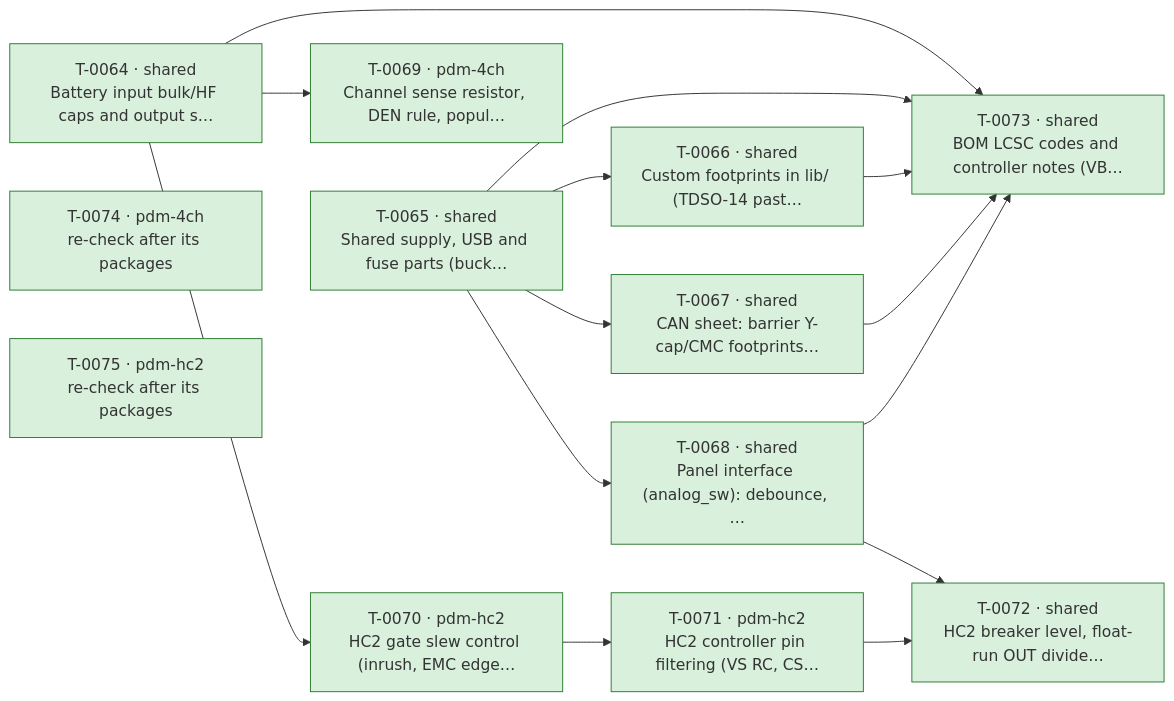
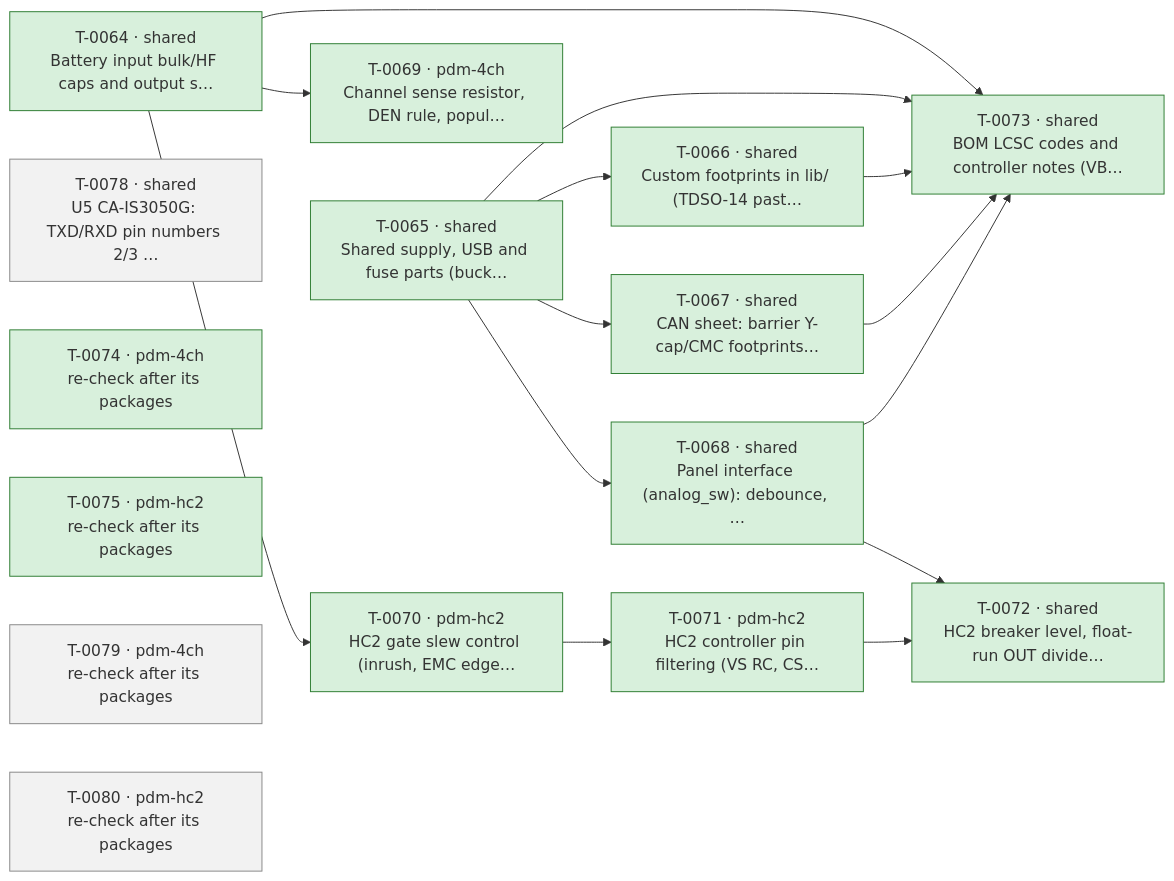
The diagram in docs/ROADMAP.md (plektra/ESP32-PDM), drawn with Mermaid before and after one commit. The commit also changed other lines of this file and 3 other files, not shown here.

````diff
--- a/docs/ROADMAP.md
+++ b/docs/ROADMAP.md
@@ -18,32 +18,35 @@
 ```mermaid
 flowchart LR
   T0064["T-0064 · shared<br/>Battery input bulk/HF caps and output s…"]:::done
   T0065["T-0065 · shared<br/>Shared supply, USB and fuse parts (buck…"]:::done
   T0066["T-0066 · shared<br/>Custom footprints in lib/ (TDSO-14 past…"]:::done
   T0067["T-0067 · shared<br/>CAN sheet: barrier Y-cap/CMC footprints…"]:::done
   T0068["T-0068 · shared<br/>Panel interface (analog_sw): debounce, …"]:::done
   T0069["T-0069 · pdm-4ch<br/>Channel sense resistor, DEN rule, popul…"]:::done
   T0070["T-0070 · pdm-hc2<br/>HC2 gate slew control (inrush, EMC edge…"]:::done
   T0071["T-0071 · pdm-hc2<br/>HC2 controller pin filtering (VS RC, CS…"]:::done
   T0072["T-0072 · shared<br/>HC2 breaker level, float-run OUT divide…"]:::done
   T0073["T-0073 · shared<br/>BOM LCSC codes and controller notes (VB…"]:::done
+  T0078["T-0078 · shared<br/>U5 CA-IS3050G: TXD/RXD pin numbers 2/3 …"]:::ready
   T0074["T-0074 · pdm-4ch<br/>re-check after its packages"]:::done
   T0075["T-0075 · pdm-hc2<br/>re-check after its packages"]:::done
+  T0079["T-0079 · pdm-4ch<br/>re-check after its packages"]:::ready
+  T0080["T-0080 · pdm-hc2<br/>re-check after its packages"]:::ready
   T0065 --> T0066
   T0065 --> T0067
   T0065 --> T0068
   T0064 --> T0069
   T0064 --> T0070
   T0070 --> T0071
   T0068 --> T0072
   T0071 --> T0072
   T0064 --> T0073
   T0065 --> T0073
   T0066 --> T0073
   T0067 --> T0073
   T0068 --> T0073
   classDef done fill:#d8f0dc,stroke:#2e7d32
   classDef running fill:#d6e6ff,stroke:#1f5fbf
   classDef ready fill:#f2f2f2,stroke:#888
   classDef failed fill:#f9d9d9,stroke:#b3261e
 ```
````
